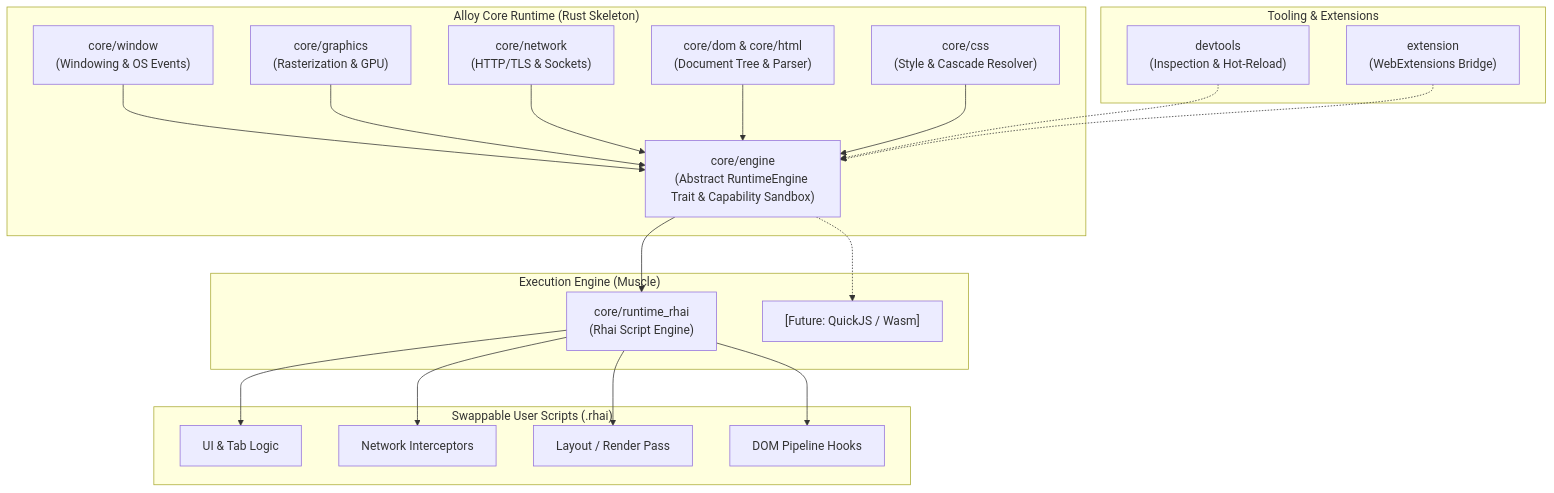
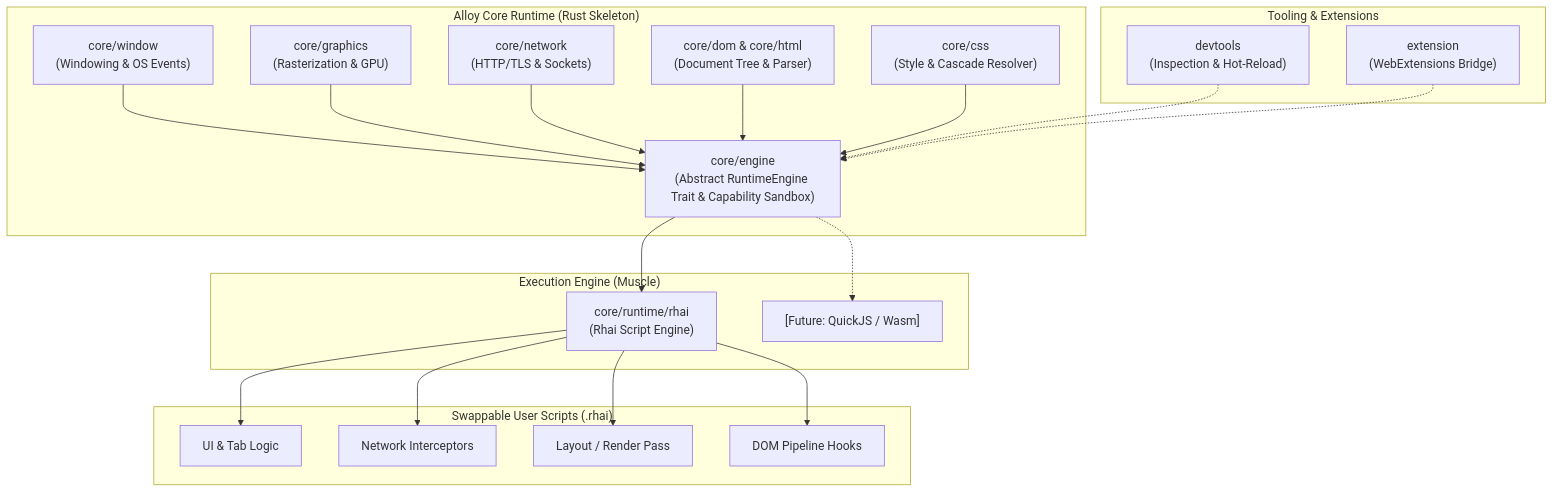
Before and after one commit to jaoppb/alloy: the first of 2 diagrams in docs/architecture/overview.md, drawn with Mermaid. The commit also changed other lines of this file and 7 other files, not shown here.

First line of the commit message:
refactor: move rhai backend to core/runtime/rhai

````diff
--- a/docs/architecture/overview.md
+++ b/docs/architecture/overview.md
@@ -10,45 +10,45 @@
 ```mermaid
 graph TB
     subgraph Host ["Alloy Core Runtime (Rust Skeleton)"]
         Window["core/window<br/>(Windowing & OS Events)"]
         Graphics["core/graphics<br/>(Rasterization & GPU)"]
         Network["core/network<br/>(HTTP/TLS & Sockets)"]
         DOM["core/dom & core/html<br/>(Document Tree & Parser)"]
         CSS["core/css<br/>(Style & Cascade Resolver)"]
         EngineTrait["core/engine<br/>(Abstract RuntimeEngine Trait & Capability Sandbox)"]
     end
 
     subgraph Runtime ["Execution Engine (Muscle)"]
-        RhaiBackend["core/runtime_rhai<br/>(Rhai Script Engine)"]
+        RhaiBackend["core/runtime/rhai<br/>(Rhai Script Engine)"]
         FutureBackend["[Future: QuickJS / Wasm]"]
     end
 
     subgraph Scripts ["Swappable User Scripts (.rhai)"]
         ScriptUI["UI & Tab Logic"]
         ScriptNet["Network Interceptors"]
         ScriptRender["Layout / Render Pass"]
         ScriptDOM["DOM Pipeline Hooks"]
     end
 
     subgraph Tooling ["Tooling & Extensions"]
         DevTools["devtools<br/>(Inspection & Hot-Reload)"]
         ExtensionHost["extension<br/>(WebExtensions Bridge)"]
     end
 
     Window --> EngineTrait
     Graphics --> EngineTrait
     Network --> EngineTrait
     DOM --> EngineTrait
     CSS --> EngineTrait
 
     EngineTrait --> RhaiBackend
     EngineTrait -.-> FutureBackend
 
     RhaiBackend --> ScriptUI
     RhaiBackend --> ScriptNet
     RhaiBackend --> ScriptRender
     RhaiBackend --> ScriptDOM
 
     DevTools -.-> EngineTrait
     ExtensionHost -.-> EngineTrait
 ```
````
